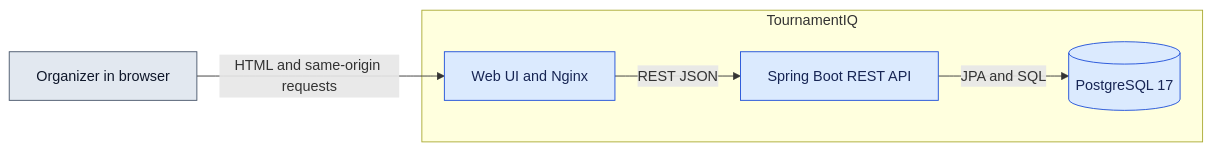
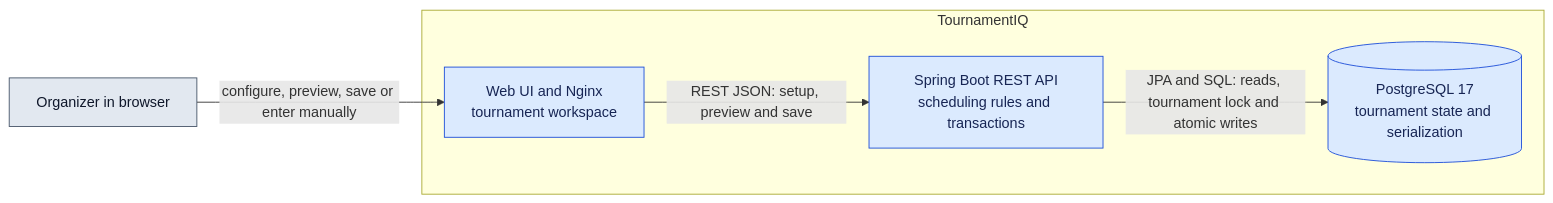
The diagram in docs/Target Architecture (HLD)/v1/System Overview.md (DmytroBrat/tournament-iq), drawn with Mermaid before and after one commit. The commit also changed other lines of this file and 11 other files, not shown here.

````diff
--- a/docs/Target Architecture (HLD)/v1/System Overview.md
+++ b/docs/Target Architecture (HLD)/v1/System Overview.md
@@ -13,15 +13,15 @@
 ```mermaid
 flowchart LR
-User[Organizer in browser] -->|HTML and same-origin requests| Web
+User[Organizer in browser] -->|configure, preview, save or enter manually| Web
   subgraph System["TournamentIQ"]
-    Web[Web UI and Nginx]
-    Api[Spring Boot REST API]
-    Db[(PostgreSQL 17)]
-    Web -->|REST JSON| Api
-    Api -->|JPA and SQL| Db
+    Web[Web UI and Nginx<br/>tournament workspace]
+    Api[Spring Boot REST API<br/>scheduling rules and transactions]
+    Db[(PostgreSQL 17<br/>tournament state and serialization)]
+    Web -->|REST JSON: setup, preview and save| Api
+    Api -->|JPA and SQL: reads, tournament lock and atomic writes| Db
   end
   class Web,Api,Db required
   class User context
   classDef required fill:#dbeafe,stroke:#1d4ed8,color:#172554
   classDef context fill:#e2e8f0,stroke:#475569,color:#0f172a
 ```
````
